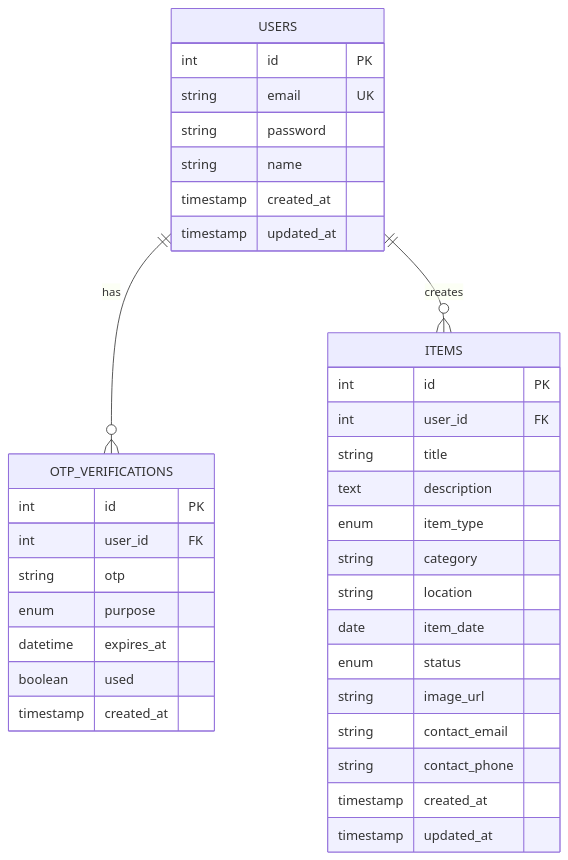
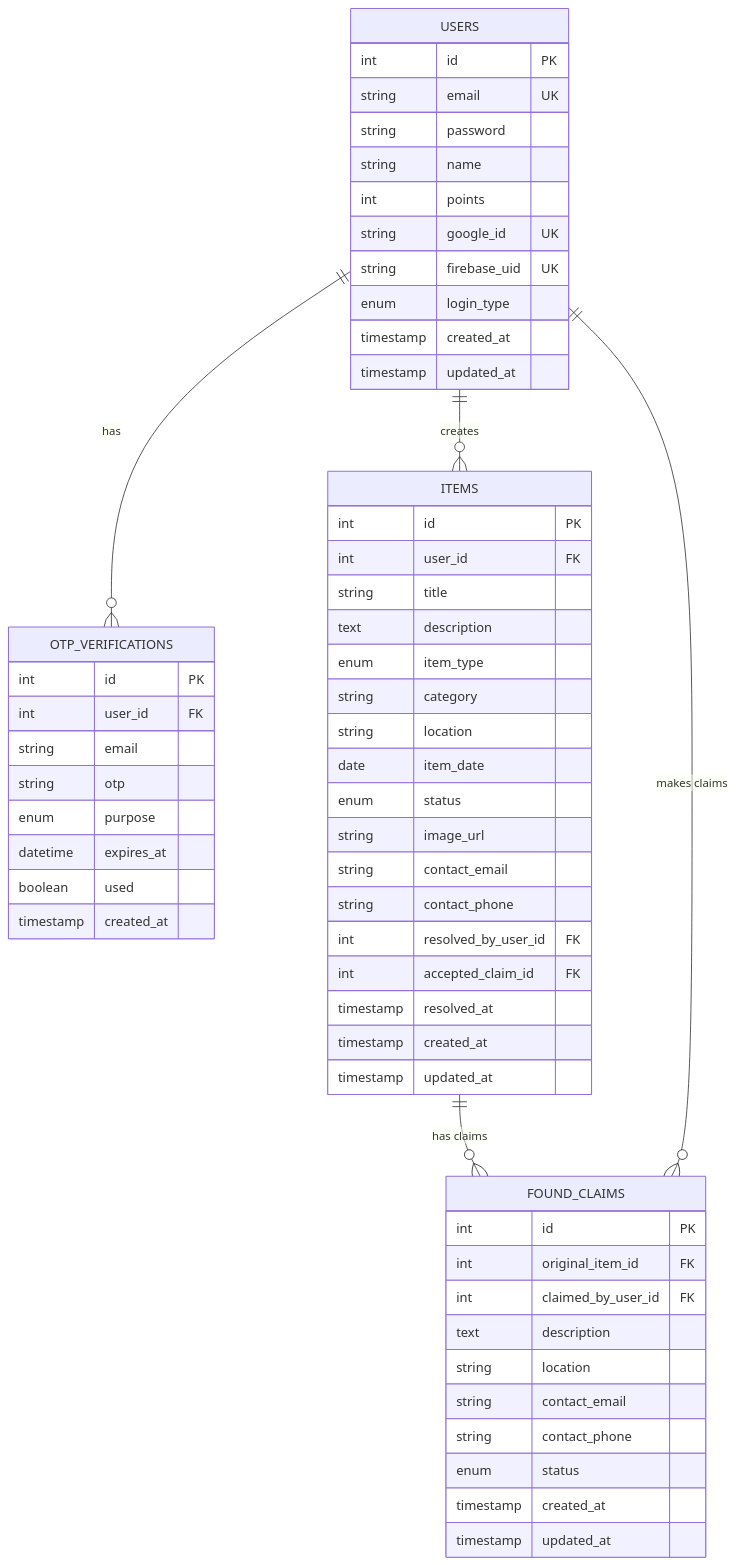
One commit to Circuit-Overtime/khoj.elixpo changed the first of 5 diagrams in README.md. Above: the diagram before and after it, drawn with Mermaid. The commit also changed other lines of this file, not shown here.

````diff
--- a/README.md
+++ b/README.md
@@ -6,41 +6,64 @@
 ```mermaid
 erDiagram
-    USERS ||--o{ OTP_VERIFICATIONS : "has" 
-    USERS ||--o{ ITEMS : "creates" 
+    USERS ||--o{ OTP_VERIFICATIONS : "has"
+    USERS ||--o{ ITEMS : "creates"
+    ITEMS ||--o{ FOUND_CLAIMS : "has claims"
+    USERS ||--o{ FOUND_CLAIMS : "makes claims"
 
     USERS {
         int id PK
         string email UK
         string password
         string name
+        int points
+        string google_id UK
+        string firebase_uid UK
+        enum login_type
         timestamp created_at
         timestamp updated_at
     }
 
     OTP_VERIFICATIONS {
         int id PK
         int user_id FK
+        string email
         string otp
         enum purpose
         datetime expires_at
         boolean used
         timestamp created_at
     }
 
     ITEMS {
         int id PK
         int user_id FK
         string title
         text description
         enum item_type
         string category
         string location
         date item_date
         enum status
         string image_url
         string contact_email
         string contact_phone
+        int resolved_by_user_id FK
+        int accepted_claim_id FK
+        timestamp resolved_at
+        timestamp created_at
+        timestamp updated_at
+    }
+
+    FOUND_CLAIMS {
+        int id PK
+        int original_item_id FK
+        int claimed_by_user_id FK
+        text description
+        string location
+        string contact_email
+        string contact_phone
+        enum status
         timestamp created_at
         timestamp updated_at
     }
 ```
````
